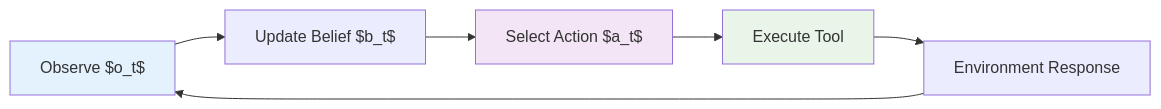
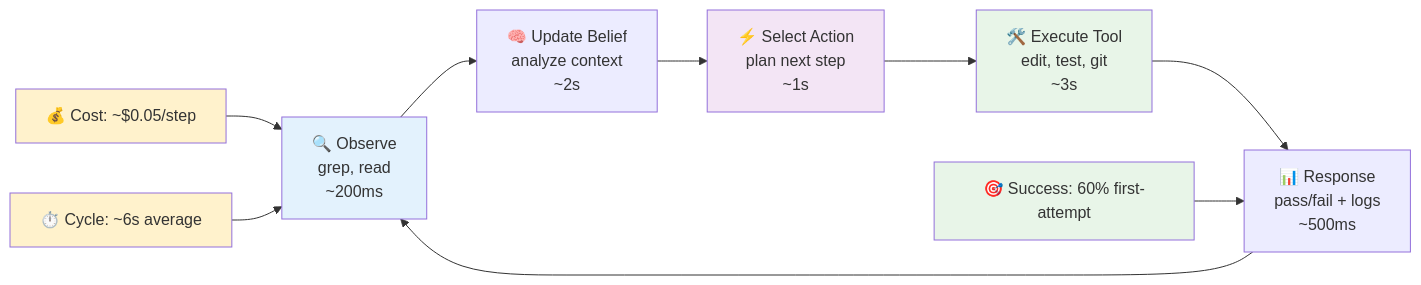
The second of 4 diagrams in talk.md (mldangelo/eairg-coding-agent-talk), drawn with Mermaid before and after one commit. The commit also changed other lines of this file and 4 other files, not shown here.

`````diff
--- a/talk.md
+++ b/talk.md
@@ -324,12 +520,19 @@
 ```mermaid
 graph LR
-    A[Observe $o_t$] --> B[Update Belief $b_t$]
-    B --> C[Select Action $a_t$]
-    C --> D[Execute Tool]
-    D --> E[Environment Response]
+    A["🔍 Observe<br/>grep, read<br/>~200ms"] --> B["🧠 Update Belief<br/>analyze context<br/>~2s"]
+    B --> C["⚡ Select Action<br/>plan next step<br/>~1s"]
+    C --> D["🛠️ Execute Tool<br/>edit, test, git<br/>~3s"]
+    D --> E["📊 Response<br/>pass/fail + logs<br/>~500ms"]
     E --> A
+
+    F["💰 Cost: ~$0.05/step"] --> A
+    G["⏱️ Cycle: ~6s average"] --> A
+    H["🎯 Success: 60% first-attempt"] --> E
 
     style A fill:#e3f2fd
     style C fill:#f3e5f5
     style D fill:#e8f5e8
-```
+    style F fill:#fff2cc
+    style G fill:#fff2cc
+    style H fill:#e8f5e8
+````
`````
